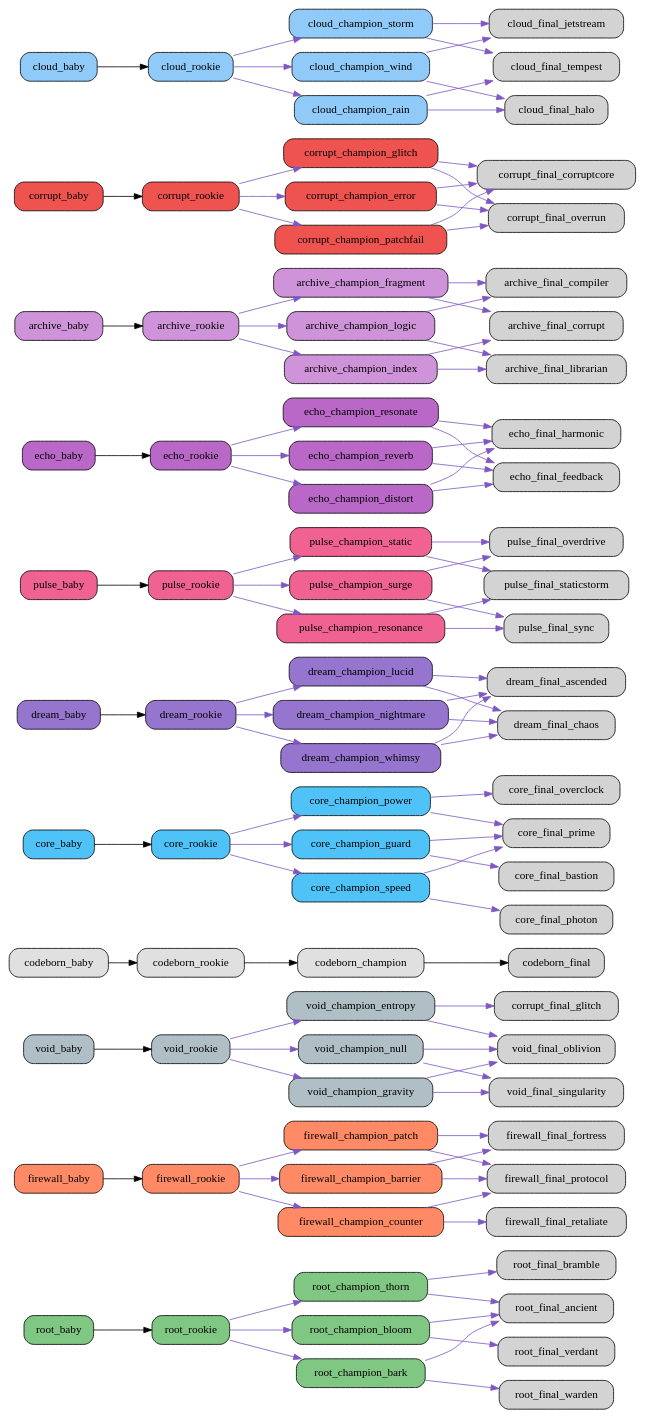
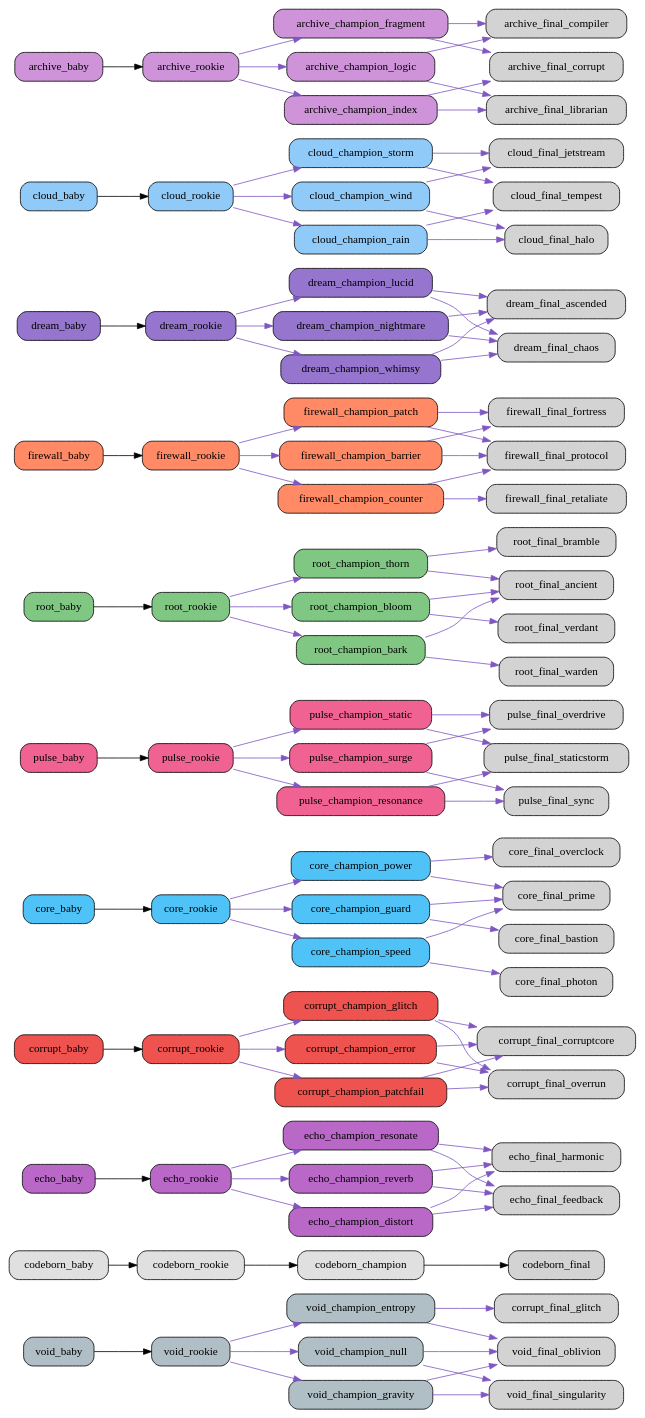
The diagram in src/netgrid/systems/evolution/graphs/full/evolution_graph.dot (bwlight/NetGrid), drawn with Graphviz before and after one commit. The commit also changed other lines of this file and 8 other files, not shown here.

Commit message:
Auto-update evolution graphs

```diff
--- a/src/netgrid/systems/evolution/graphs/full/evolution_graph.dot
+++ b/src/netgrid/systems/evolution/graphs/full/evolution_graph.dot
@@ -1,6 +1,87 @@
 digraph EvolutionTree {
   rankdir=LR;
   node [shape=box, style="rounded,filled"];
+  "void_baby" [fillcolor="#b0bec5"];
+  "void_baby" -> "void_rookie";
+  "void_rookie" [fillcolor="#b0bec5"];
+  "void_rookie" -> "void_champion_entropy" [color="#7e57c2"];
+  "void_rookie" -> "void_champion_gravity" [color="#7e57c2"];
+  "void_rookie" -> "void_champion_null" [color="#7e57c2"];
+  "void_champion_entropy" [fillcolor="#b0bec5"];
+  "void_champion_entropy" -> "corrupt_final_glitch" [color="#7e57c2"];
+  "void_champion_entropy" -> "void_final_oblivion" [color="#7e57c2"];
+  "void_champion_gravity" [fillcolor="#b0bec5"];
+  "void_champion_gravity" -> "void_final_singularity" [color="#7e57c2"];
+  "void_champion_gravity" -> "void_final_oblivion" [color="#7e57c2"];
+  "void_champion_null" [fillcolor="#b0bec5"];
+  "void_champion_null" -> "void_final_oblivion" [color="#7e57c2"];
+  "void_champion_null" -> "void_final_singularity" [color="#7e57c2"];
+  "codeborn_baby" [fillcolor="#e0e0e0"];
+  "codeborn_baby" -> "codeborn_rookie";
+  "codeborn_rookie" [fillcolor="#e0e0e0"];
+  "codeborn_rookie" -> "codeborn_champion";
+  "codeborn_champion" [fillcolor="#e0e0e0"];
+  "codeborn_champion" -> "codeborn_final";
+  "echo_baby" [fillcolor="#ba68c8"];
+  "echo_baby" -> "echo_rookie";
+  "echo_rookie" [fillcolor="#ba68c8"];
+  "echo_rookie" -> "echo_champion_resonate" [color="#7e57c2"];
+  "echo_rookie" -> "echo_champion_reverb" [color="#7e57c2"];
+  "echo_rookie" -> "echo_champion_distort" [color="#7e57c2"];
+  "echo_champion_resonate" [fillcolor="#ba68c8"];
+  "echo_champion_resonate" -> "echo_final_harmonic" [color="#7e57c2"];
+  "echo_champion_resonate" -> "echo_final_feedback" [color="#7e57c2"];
+  "echo_champion_reverb" [fillcolor="#ba68c8"];
+  "echo_champion_reverb" -> "echo_final_feedback" [color="#7e57c2"];
+  "echo_champion_reverb" -> "echo_final_harmonic" [color="#7e57c2"];
+  "echo_champion_distort" [fillcolor="#ba68c8"];
+  "echo_champion_distort" -> "echo_final_feedback" [color="#7e57c2"];
+  "echo_champion_distort" -> "echo_final_harmonic" [color="#7e57c2"];
+  "corrupt_baby" [fillcolor="#ef5350"];
+  "corrupt_baby" -> "corrupt_rookie";
+  "corrupt_rookie" [fillcolor="#ef5350"];
+  "corrupt_rookie" -> "corrupt_champion_glitch" [color="#7e57c2"];
+  "corrupt_rookie" -> "corrupt_champion_error" [color="#7e57c2"];
+  "corrupt_rookie" -> "corrupt_champion_patchfail" [color="#7e57c2"];
+  "corrupt_champion_glitch" [fillcolor="#ef5350"];
+  "corrupt_champion_glitch" -> "corrupt_final_corruptcore" [color="#7e57c2"];
+  "corrupt_champion_glitch" -> "corrupt_final_overrun" [color="#7e57c2"];
+  "corrupt_champion_error" [fillcolor="#ef5350"];
+  "corrupt_champion_error" -> "corrupt_final_overrun" [color="#7e57c2"];
+  "corrupt_champion_error" -> "corrupt_final_corruptcore" [color="#7e57c2"];
+  "corrupt_champion_patchfail" [fillcolor="#ef5350"];
+  "corrupt_champion_patchfail" -> "corrupt_final_corruptcore" [color="#7e57c2"];
+  "corrupt_champion_patchfail" -> "corrupt_final_overrun" [color="#7e57c2"];
+  "core_baby" [fillcolor="#4fc3f7"];
+  "core_baby" -> "core_rookie";
+  "core_rookie" [fillcolor="#4fc3f7"];
+  "core_rookie" -> "core_champion_power" [color="#7e57c2"];
+  "core_rookie" -> "core_champion_guard" [color="#7e57c2"];
+  "core_rookie" -> "core_champion_speed" [color="#7e57c2"];
+  "core_champion_power" [fillcolor="#4fc3f7"];
+  "core_champion_power" -> "core_final_overclock" [color="#7e57c2"];
+  "core_champion_power" -> "core_final_prime" [color="#7e57c2"];
+  "core_champion_guard" [fillcolor="#4fc3f7"];
+  "core_champion_guard" -> "core_final_bastion" [color="#7e57c2"];
+  "core_champion_guard" -> "core_final_prime" [color="#7e57c2"];
+  "core_champion_speed" [fillcolor="#4fc3f7"];
+  "core_champion_speed" -> "core_final_photon" [color="#7e57c2"];
+  "core_champion_speed" -> "core_final_prime" [color="#7e57c2"];
+  "pulse_baby" [fillcolor="#f06292"];
+  "pulse_baby" -> "pulse_rookie";
+  "pulse_rookie" [fillcolor="#f06292"];
+  "pulse_rookie" -> "pulse_champion_surge" [color="#7e57c2"];
+  "pulse_rookie" -> "pulse_champion_resonance" [color="#7e57c2"];
+  "pulse_rookie" -> "pulse_champion_static" [color="#7e57c2"];
+  "pulse_champion_surge" [fillcolor="#f06292"];
+  "pulse_champion_surge" -> "pulse_final_overdrive" [color="#7e57c2"];
+  "pulse_champion_surge" -> "pulse_final_sync" [color="#7e57c2"];
+  "pulse_champion_resonance" [fillcolor="#f06292"];
+  "pulse_champion_resonance" -> "pulse_final_sync" [color="#7e57c2"];
+  "pulse_champion_resonance" -> "pulse_final_staticstorm" [color="#7e57c2"];
+  "pulse_champion_static" [fillcolor="#f06292"];
+  "pulse_champion_static" -> "pulse_final_staticstorm" [color="#7e57c2"];
+  "pulse_champion_static" -> "pulse_final_overdrive" [color="#7e57c2"];
   "root_baby" [fillcolor="#81c784"];
   "root_baby" -> "root_rookie";
   "root_rookie" [fillcolor="#81c784"];
@@ -31,42 +112,6 @@
   "firewall_champion_patch" [fillcolor="#ff8a65"];
   "firewall_champion_patch" -> "firewall_final_protocol" [color="#7e57c2"];
   "firewall_champion_patch" -> "firewall_final_fortress" [color="#7e57c2"];
-  "void_baby" [fillcolor="#b0bec5"];
-  "void_baby" -> "void_rookie";
-  "void_rookie" [fillcolor="#b0bec5"];
-  "void_rookie" -> "void_champion_entropy" [color="#7e57c2"];
-  "void_rookie" -> "void_champion_gravity" [color="#7e57c2"];
-  "void_rookie" -> "void_champion_null" [color="#7e57c2"];
-  "void_champion_entropy" [fillcolor="#b0bec5"];
-  "void_champion_entropy" -> "corrupt_final_glitch" [color="#7e57c2"];
-  "void_champion_entropy" -> "void_final_oblivion" [color="#7e57c2"];
-  "void_champion_gravity" [fillcolor="#b0bec5"];
-  "void_champion_gravity" -> "void_final_singularity" [color="#7e57c2"];
-  "void_champion_gravity" -> "void_final_oblivion" [color="#7e57c2"];
-  "void_champion_null" [fillcolor="#b0bec5"];
-  "void_champion_null" -> "void_final_oblivion" [color="#7e57c2"];
-  "void_champion_null" -> "void_final_singularity" [color="#7e57c2"];
-  "codeborn_baby" [fillcolor="#e0e0e0"];
-  "codeborn_baby" -> "codeborn_rookie";
-  "codeborn_rookie" [fillcolor="#e0e0e0"];
-  "codeborn_rookie" -> "codeborn_champion";
-  "codeborn_champion" [fillcolor="#e0e0e0"];
-  "codeborn_champion" -> "codeborn_final";
-  "core_baby" [fillcolor="#4fc3f7"];
-  "core_baby" -> "core_rookie";
-  "core_rookie" [fillcolor="#4fc3f7"];
-  "core_rookie" -> "core_champion_power" [color="#7e57c2"];
-  "core_rookie" -> "core_champion_guard" [color="#7e57c2"];
-  "core_rookie" -> "core_champion_speed" [color="#7e57c2"];
-  "core_champion_power" [fillcolor="#4fc3f7"];
-  "core_champion_power" -> "core_final_overclock" [color="#7e57c2"];
-  "core_champion_power" -> "core_final_prime" [color="#7e57c2"];
-  "core_champion_guard" [fillcolor="#4fc3f7"];
-  "core_champion_guard" -> "core_final_bastion" [color="#7e57c2"];
-  "core_champion_guard" -> "core_final_prime" [color="#7e57c2"];
-  "core_champion_speed" [fillcolor="#4fc3f7"];
-  "core_champion_speed" -> "core_final_photon" [color="#7e57c2"];
-  "core_champion_speed" -> "core_final_prime" [color="#7e57c2"];
   "dream_baby" [fillcolor="#9575cd"];
   "dream_baby" -> "dream_rookie";
   "dream_rookie" [fillcolor="#9575cd"];
@@ -82,36 +127,21 @@
   "dream_champion_whimsy" [fillcolor="#9575cd"];
   "dream_champion_whimsy" -> "dream_final_ascended" [color="#7e57c2"];
   "dream_champion_whimsy" -> "dream_final_chaos" [color="#7e57c2"];
-  "pulse_baby" [fillcolor="#f06292"];
-  "pulse_baby" -> "pulse_rookie";
-  "pulse_rookie" [fillcolor="#f06292"];
-  "pulse_rookie" -> "pulse_champion_surge" [color="#7e57c2"];
-  "pulse_rookie" -> "pulse_champion_resonance" [color="#7e57c2"];
-  "pulse_rookie" -> "pulse_champion_static" [color="#7e57c2"];
-  "pulse_champion_surge" [fillcolor="#f06292"];
-  "pulse_champion_surge" -> "pulse_final_overdrive" [color="#7e57c2"];
-  "pulse_champion_surge" -> "pulse_final_sync" [color="#7e57c2"];
-  "pulse_champion_resonance" [fillcolor="#f06292"];
-  "pulse_champion_resonance" -> "pulse_final_sync" [color="#7e57c2"];
-  "pulse_champion_resonance" -> "pulse_final_staticstorm" [color="#7e57c2"];
-  "pulse_champion_static" [fillcolor="#f06292"];
-  "pulse_champion_static" -> "pulse_final_staticstorm" [color="#7e57c2"];
-  "pulse_champion_static" -> "pulse_final_overdrive" [color="#7e57c2"];
-  "echo_baby" [fillcolor="#ba68c8"];
-  "echo_baby" -> "echo_rookie";
-  "echo_rookie" [fillcolor="#ba68c8"];
-  "echo_rookie" -> "echo_champion_resonate" [color="#7e57c2"];
-  "echo_rookie" -> "echo_champion_reverb" [color="#7e57c2"];
-  "echo_rookie" -> "echo_champion_distort" [color="#7e57c2"];
-  "echo_champion_resonate" [fillcolor="#ba68c8"];
-  "echo_champion_resonate" -> "echo_final_harmonic" [color="#7e57c2"];
-  "echo_champion_resonate" -> "echo_final_feedback" [color="#7e57c2"];
-  "echo_champion_reverb" [fillcolor="#ba68c8"];
-  "echo_champion_reverb" -> "echo_final_feedback" [color="#7e57c2"];
-  "echo_champion_reverb" -> "echo_final_harmonic" [color="#7e57c2"];
-  "echo_champion_distort" [fillcolor="#ba68c8"];
-  "echo_champion_distort" -> "echo_final_feedback" [color="#7e57c2"];
-  "echo_champion_distort" -> "echo_final_harmonic" [color="#7e57c2"];
+  "cloud_baby" [fillcolor="#90caf9"];
+  "cloud_baby" -> "cloud_rookie";
+  "cloud_rookie" [fillcolor="#90caf9"];
+  "cloud_rookie" -> "cloud_champion_wind" [color="#7e57c2"];
+  "cloud_rookie" -> "cloud_champion_rain" [color="#7e57c2"];
+  "cloud_rookie" -> "cloud_champion_storm" [color="#7e57c2"];
+  "cloud_champion_wind" [fillcolor="#90caf9"];
+  "cloud_champion_wind" -> "cloud_final_jetstream" [color="#7e57c2"];
+  "cloud_champion_wind" -> "cloud_final_halo" [color="#7e57c2"];
+  "cloud_champion_rain" [fillcolor="#90caf9"];
+  "cloud_champion_rain" -> "cloud_final_halo" [color="#7e57c2"];
+  "cloud_champion_rain" -> "cloud_final_tempest" [color="#7e57c2"];
+  "cloud_champion_storm" [fillcolor="#90caf9"];
+  "cloud_champion_storm" -> "cloud_final_tempest" [color="#7e57c2"];
+  "cloud_champion_storm" -> "cloud_final_jetstream" [color="#7e57c2"];
   "archive_baby" [fillcolor="#ce93d8"];
   "archive_baby" -> "archive_rookie";
   "archive_rookie" [fillcolor="#ce93d8"];
@@ -127,34 +157,4 @@
   "archive_champion_fragment" [fillcolor="#ce93d8"];
   "archive_champion_fragment" -> "archive_final_corrupt" [color="#7e57c2"];
   "archive_champion_fragment" -> "archive_final_compiler" [color="#7e57c2"];
-  "corrupt_baby" [fillcolor="#ef5350"];
-  "corrupt_baby" -> "corrupt_rookie";
-  "corrupt_rookie" [fillcolor="#ef5350"];
-  "corrupt_rookie" -> "corrupt_champion_glitch" [color="#7e57c2"];
-  "corrupt_rookie" -> "corrupt_champion_error" [color="#7e57c2"];
-  "corrupt_rookie" -> "corrupt_champion_patchfail" [color="#7e57c2"];
-  "corrupt_champion_glitch" [fillcolor="#ef5350"];
-  "corrupt_champion_glitch" -> "corrupt_final_corruptcore" [color="#7e57c2"];
-  "corrupt_champion_glitch" -> "corrupt_final_overrun" [color="#7e57c2"];
-  "corrupt_champion_error" [fillcolor="#ef5350"];
-  "corrupt_champion_error" -> "corrupt_final_overrun" [color="#7e57c2"];
-  "corrupt_champion_error" -> "corrupt_final_corruptcore" [color="#7e57c2"];
-  "corrupt_champion_patchfail" [fillcolor="#ef5350"];
-  "corrupt_champion_patchfail" -> "corrupt_final_corruptcore" [color="#7e57c2"];
-  "corrupt_champion_patchfail" -> "corrupt_final_overrun" [color="#7e57c2"];
-  "cloud_baby" [fillcolor="#90caf9"];
-  "cloud_baby" -> "cloud_rookie";
-  "cloud_rookie" [fillcolor="#90caf9"];
-  "cloud_rookie" -> "cloud_champion_wind" [color="#7e57c2"];
-  "cloud_rookie" -> "cloud_champion_rain" [color="#7e57c2"];
-  "cloud_rookie" -> "cloud_champion_storm" [color="#7e57c2"];
-  "cloud_champion_wind" [fillcolor="#90caf9"];
-  "cloud_champion_wind" -> "cloud_final_jetstream" [color="#7e57c2"];
-  "cloud_champion_wind" -> "cloud_final_halo" [color="#7e57c2"];
-  "cloud_champion_rain" [fillcolor="#90caf9"];
-  "cloud_champion_rain" -> "cloud_final_halo" [color="#7e57c2"];
-  "cloud_champion_rain" -> "cloud_final_tempest" [color="#7e57c2"];
-  "cloud_champion_storm" [fillcolor="#90caf9"];
-  "cloud_champion_storm" -> "cloud_final_tempest" [color="#7e57c2"];
-  "cloud_champion_storm" -> "cloud_final_jetstream" [color="#7e57c2"];
 }
```
